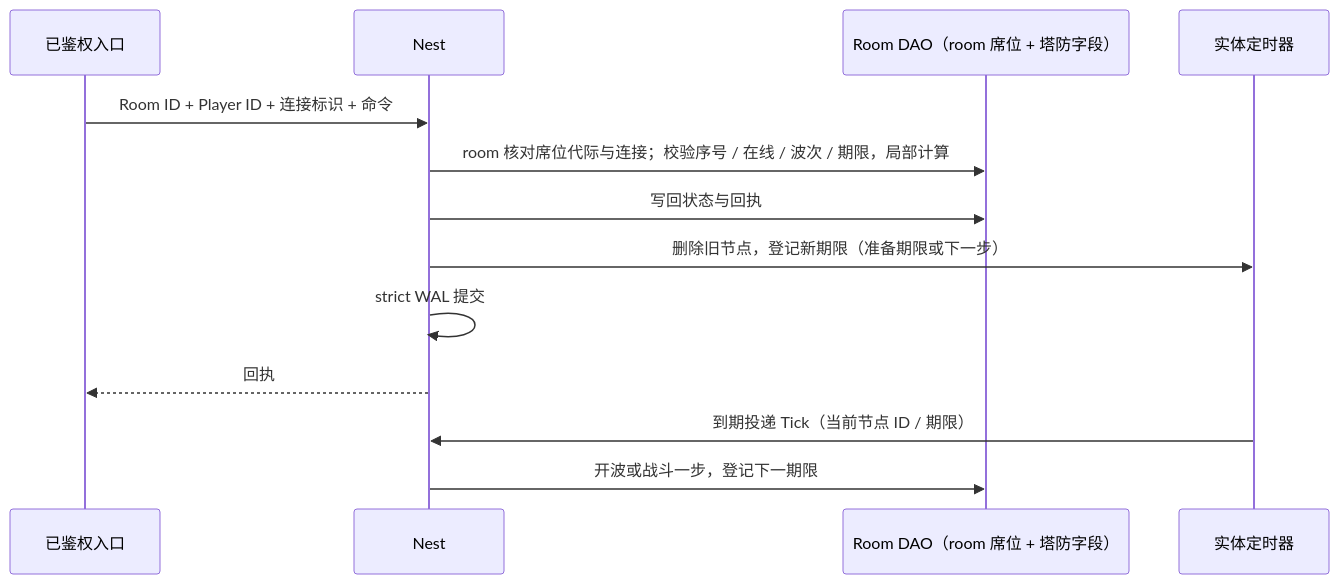
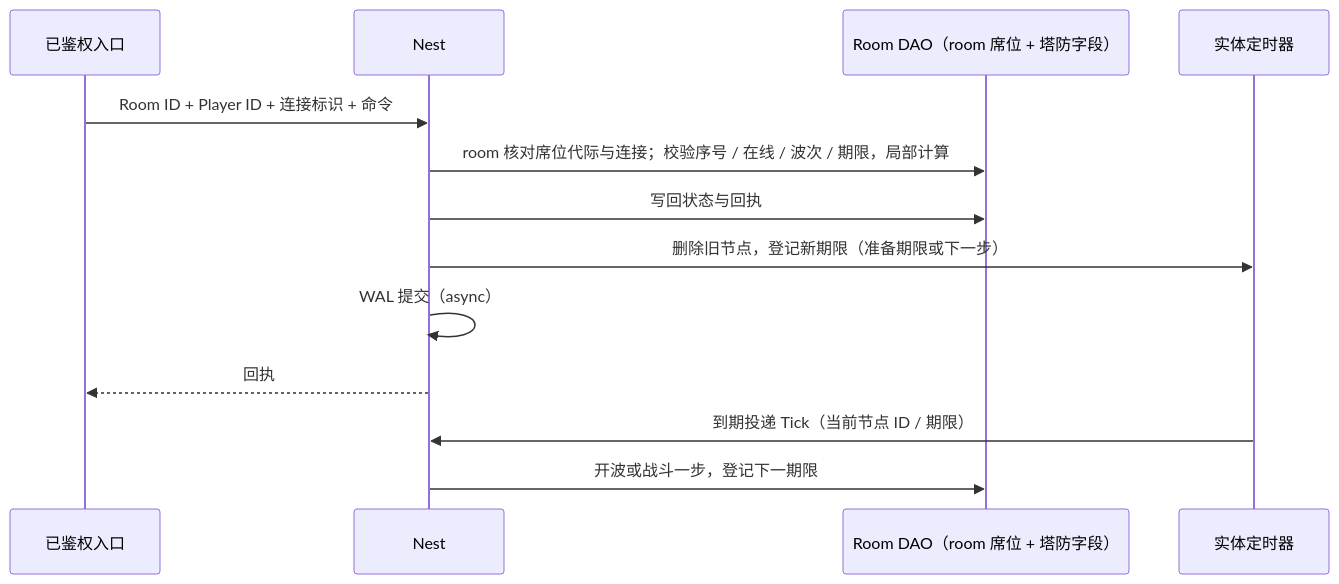
One commit to tjbdwanghaibo/roost-core changed the second of 2 diagrams in docs/framework/TOWER-DEFENSE-INTEGRATION.md. Above: the diagram before and after it, drawn with Mermaid. The commit also changed other lines of this file and 87 other files, not shown here.

````diff
--- a/docs/framework/TOWER-DEFENSE-INTEGRATION.md
+++ b/docs/framework/TOWER-DEFENSE-INTEGRATION.md
@@ -206,15 +206,15 @@
 ```mermaid
 sequenceDiagram
     participant C as 已鉴权入口
     participant N as Nest
     participant R as Room DAO（room 席位 + 塔防字段）
     participant T as 实体定时器
     C->>N: Room ID + Player ID + 连接标识 + 命令
     N->>R: room 核对席位代际与连接；校验序号 / 在线 / 波次 / 期限，局部计算
     N->>R: 写回状态与回执
     N->>T: 删除旧节点，登记新期限（准备期限或下一步）
-    N->>N: strict WAL 提交
+    N->>N: WAL 提交（async）
     N-->>C: 回执
     T->>N: 到期投递 Tick（当前节点 ID / 期限）
     N->>R: 开波或战斗一步，登记下一期限
 ```
````
